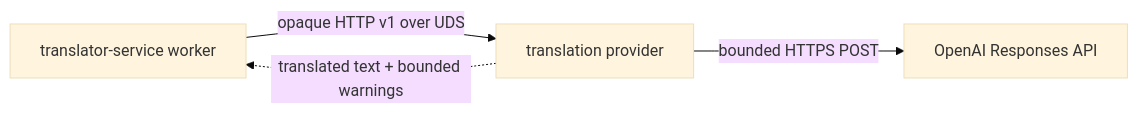
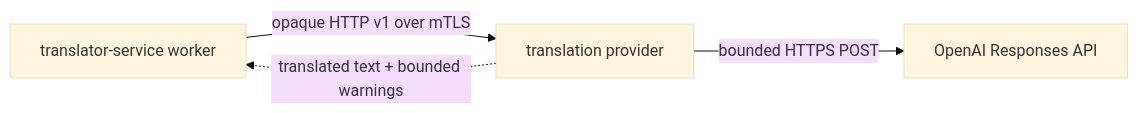
The diagram in README.md (sapogov1978/AELEV-translation-provider), drawn with Mermaid (base theme) before and after one commit. The commit also changed other lines of this file and 25 other files, not shown here.

Commit message:
feat(provider): support independently placed Translator over exact mTLS

````diff
--- a/README.md
+++ b/README.md
@@ -20,6 +26,6 @@
 ```mermaid
 flowchart LR
-    T[translator-service worker] -->|opaque HTTP v1 over UDS| P[translation provider]
+    T[translator-service worker] -->|opaque HTTP v1 over mTLS| P[translation provider]
     P -->|bounded HTTPS POST| O[OpenAI Responses API]
     P -. translated text + bounded warnings .-> T
 ```
````
